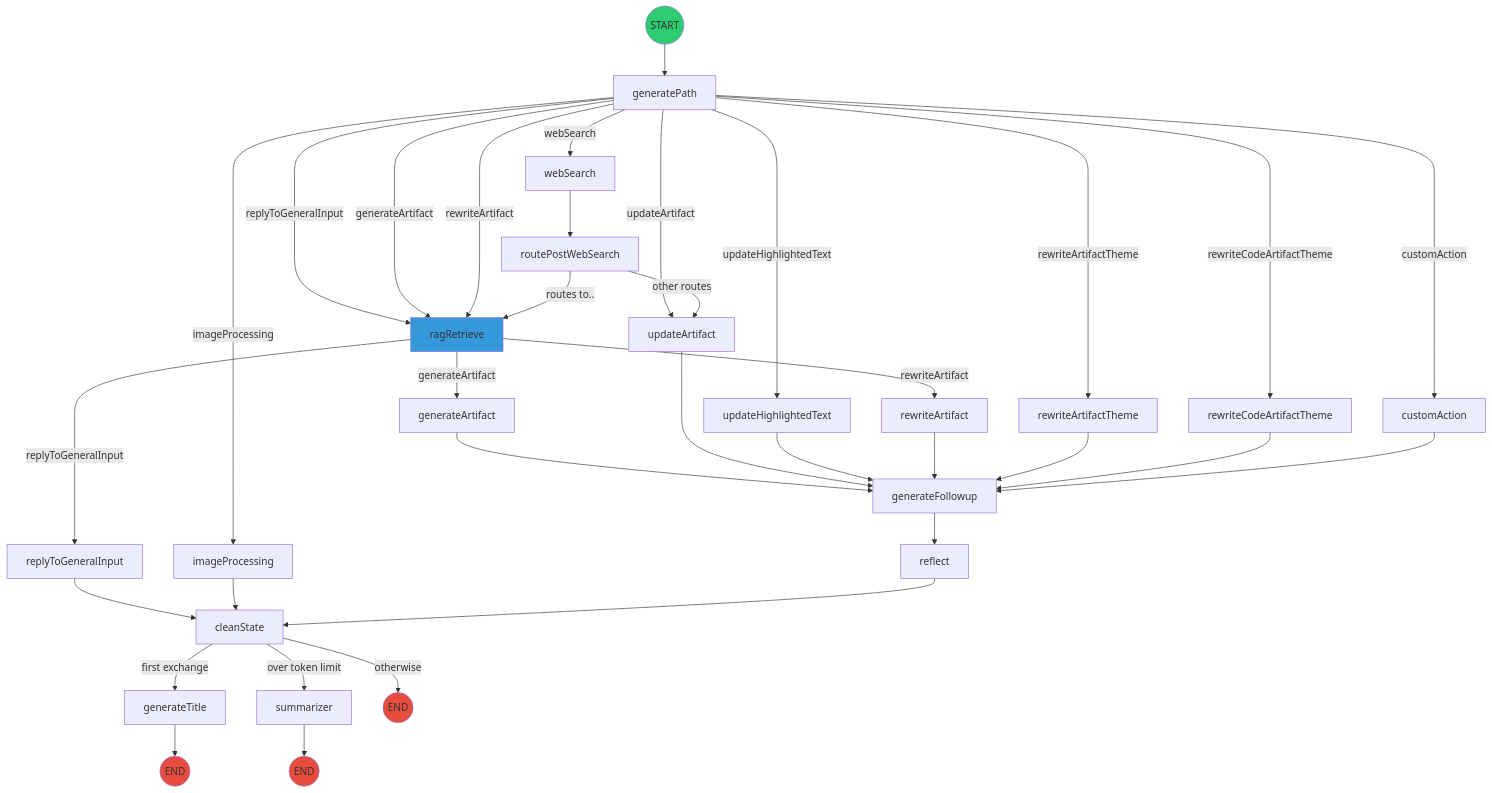
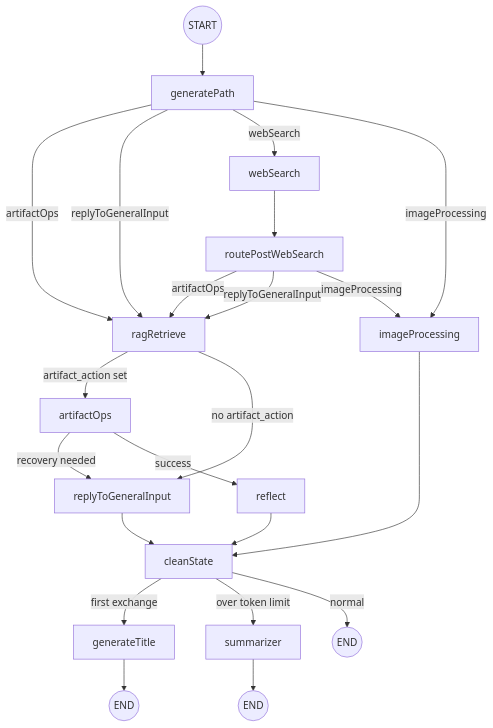
The second of 9 diagrams in report.md (Mariano17omega/attractor-desk-alpha), drawn with Mermaid before and after one commit. The commit also changed other lines of this file and 32 other files, not shown here.

````diff
--- a/report.md
+++ b/report.md
@@ -125,50 +103,32 @@
 ```mermaid
 flowchart TD
-    START((START)) --> generatePath
+    START((START)) --> GP[generatePath]
     
-    generatePath --> |"updateArtifact"| updateArtifact
-    generatePath --> |"rewriteArtifactTheme"| rewriteArtifactTheme
-    generatePath --> |"rewriteCodeArtifactTheme"| rewriteCodeArtifactTheme
-    generatePath --> |"replyToGeneralInput"| ragRetrieve
-    generatePath --> |"generateArtifact"| ragRetrieve
-    generatePath --> |"rewriteArtifact"| ragRetrieve
-    generatePath --> |"customAction"| customAction
-    generatePath --> |"updateHighlightedText"| updateHighlightedText
-    generatePath --> |"webSearch"| webSearch
-    generatePath --> |"imageProcessing"| imageProcessing
+    GP -->|"artifactOps"| RAG[ragRetrieve]
+    GP -->|"replyToGeneralInput"| RAG
+    GP -->|"webSearch"| WS[webSearch]
+    GP -->|"imageProcessing"| IP[imageProcessing]
     
-    ragRetrieve --> |"replyToGeneralInput"| replyToGeneralInput
-    ragRetrieve --> |"generateArtifact"| generateArtifact
-    ragRetrieve --> |"rewriteArtifact"| rewriteArtifact
+    RAG -->|"artifact_action set"| AO[artifactOps]
+    RAG -->|"no artifact_action"| RTG[replyToGeneralInput]
     
-    webSearch --> routePostWebSearch
-    routePostWebSearch --> |"routes to.."| ragRetrieve
-    routePostWebSearch --> |"other routes"| updateArtifact
+    WS --> RPWS[routePostWebSearch]
+    RPWS -->|"artifactOps"| RAG
+    RPWS -->|"replyToGeneralInput"| RAG
+    RPWS -->|"imageProcessing"| IP
     
-    generateArtifact --> generateFollowup
-    updateArtifact --> generateFollowup
-    updateHighlightedText --> generateFollowup
-    rewriteArtifact --> generateFollowup
-    rewriteArtifactTheme --> generateFollowup
-    rewriteCodeArtifactTheme --> generateFollowup
-    customAction --> generateFollowup
+    RTG --> CS[cleanState]
+    IP --> CS
     
-    replyToGeneralInput --> cleanState
-    imageProcessing --> cleanState
+    AO -->|"recovery needed"| RTG
+    AO -->|"success"| RF[reflect]
     
-    generateFollowup --> reflect
-    reflect --> cleanState
+    RF --> CS
     
-    cleanState --> |"first exchange"| generateTitle
-    cleanState --> |"over token limit"| summarizer
-    cleanState --> |"otherwise"| END1((END))
+    CS -->|"first exchange"| GT[generateTitle]
+    CS -->|"over token limit"| SUM[summarizer]
+    CS -->|"normal"| END1((END))
     
-    generateTitle --> END2((END))
-    summarizer --> END3((END))
-    
-    style START fill:#2ecc71
-    style END1 fill:#e74c3c
-    style END2 fill:#e74c3c
-    style END3 fill:#e74c3c
-    style ragRetrieve fill:#3498db
+    GT --> END2((END))
+    SUM --> END3((END))
 ```
````
